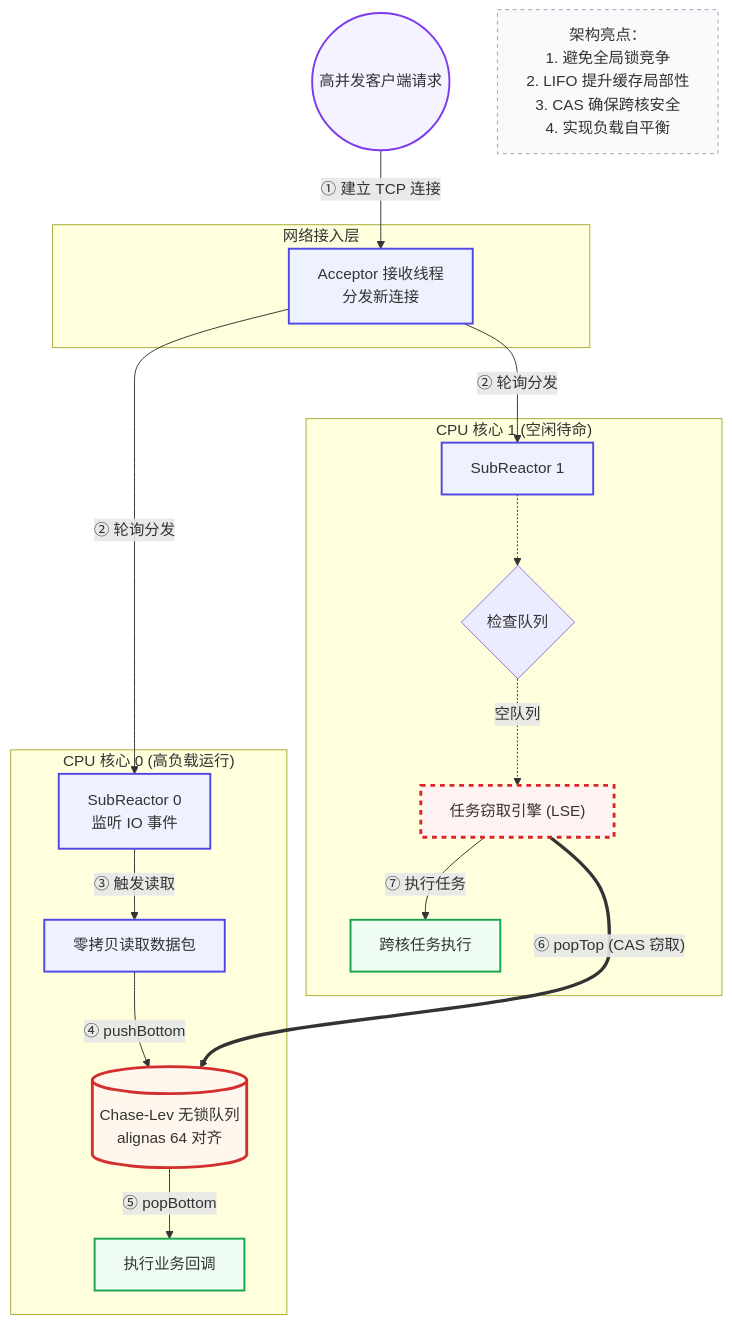
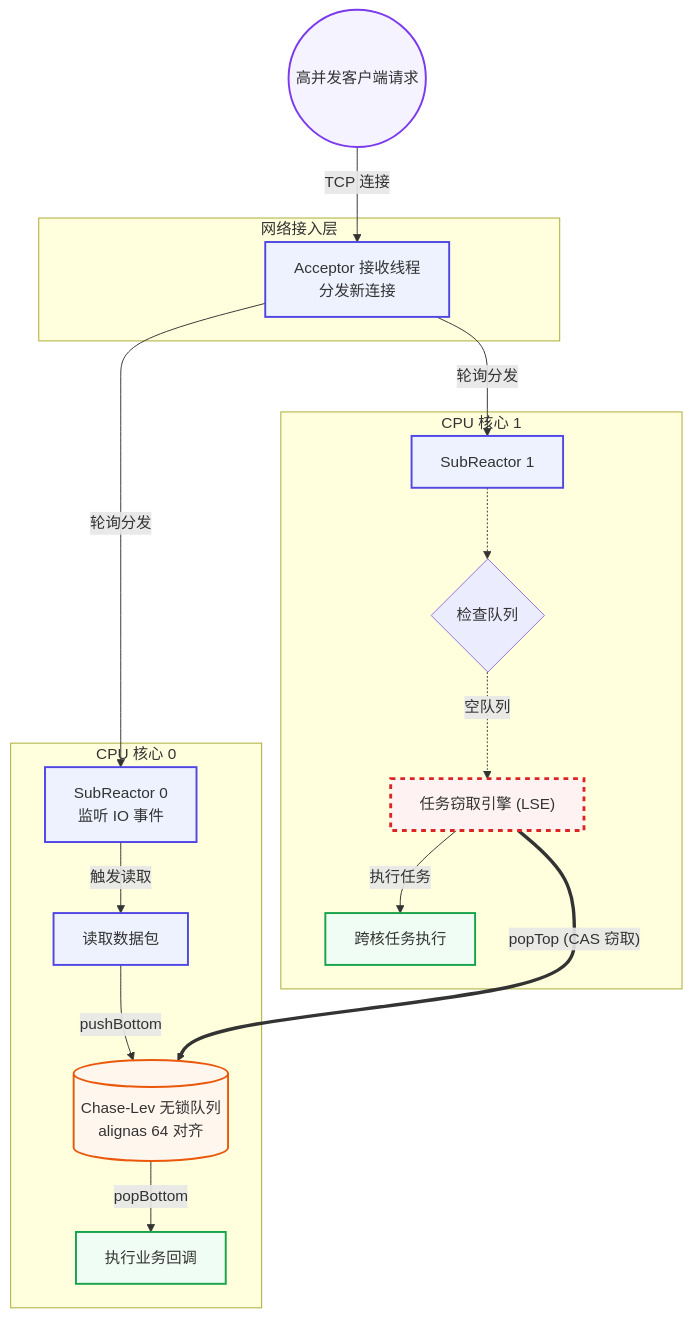
The first of 2 diagrams in README.md (chenyuhao-chin/Muduo-LockFree-Steal-Optimization-Engine), drawn with Mermaid before and after one commit. The commit also changed other lines of this file, not shown here.

Commit message:
rewrite README: focus on debug narrative, Mermaid diagrams, perf/strace insights

````diff
--- a/README.md
+++ b/README.md
@@ -64,35 +65,30 @@
 ```mermaid
 graph TB
-    %% --- 样式定义 ---
     classDef network fill:#eef2ff,stroke:#4f46e5,stroke-width:2px;
     classDef compute fill:#f0fdf4,stroke:#16a34a,stroke-width:2px;
     classDef memory fill:#fff7ed,stroke:#ea580c,stroke-width:2px;
     classDef engine fill:#fef2f2,stroke:#dc2626,stroke-width:3px,stroke-dasharray:5 5;
     classDef client fill:#f5f3ff,stroke:#7c3aed,stroke-width:2px;
-    classDef highlight stroke:#d32f2f,stroke-width:3px;
 
-    Client((高并发客户端请求)):::client -->|① 建立 TCP 连接| Acceptor
+    Client((高并发客户端请求)):::client -->|TCP 连接| Acceptor
 
     subgraph "网络接入层"
         Acceptor["Acceptor 接收线程<br/>分发新连接"]:::network
     end
 
-    Acceptor -->|② 轮询分发| EP0
-    Acceptor -->|② 轮询分发| EP1
+    Acceptor -->|轮询分发| EP0
+    Acceptor -->|轮询分发| EP1
 
-    subgraph "CPU 核心 0 (高负载运行)"
-        EP0["SubReactor 0<br/>监听 IO 事件"]:::network -->|③ 触发读取| Read0["零拷贝读取数据包"]:::network
-        Read0 -->|④ pushBottom| Deque0[("Chase-Lev 无锁队列<br/>alignas 64 对齐")]:::memory
-        Deque0 -->|⑤ popBottom| Exec0["执行业务回调"]:::compute
+    subgraph "CPU 核心 0"
+        EP0["SubReactor 0<br/>监听 IO 事件"]:::network -->|触发读取| Read0["读取数据包"]:::network
+        Read0 -->|pushBottom| Deque0[("Chase-Lev 无锁队列<br/>alignas 64 对齐")]:::memory
+        Deque0 -->|popBottom| Exec0["执行业务回调"]:::compute
     end
 
-    subgraph "CPU 核心 1 (空闲待命)"
+    subgraph "CPU 核心 1"
         EP1["SubReactor 1"]:::network -.-> Check1{"检查队列"}
         Check1 -.->|空队列| LSE["任务窃取引擎 (LSE)"]:::engine
-        LSE == "⑥ popTop (CAS 窃取)" ===> Deque0:::highlight
-        LSE -->|⑦ 执行任务| Exec1["跨核任务执行"]:::compute
+        LSE == "popTop (CAS 窃取)" ===> Deque0
+        LSE -->|执行任务| Exec1["跨核任务执行"]:::compute
     end
-
-    Note["架构亮点：<br/>1. 避免全局锁竞争<br/>2. LIFO 提升缓存局部性<br/>3. CAS 确保跨核安全<br/>4. 实现负载自平衡"]
-    style Note fill:#f9fafb,stroke:#9ca3af,stroke-dasharray:4 4
 ```
````
